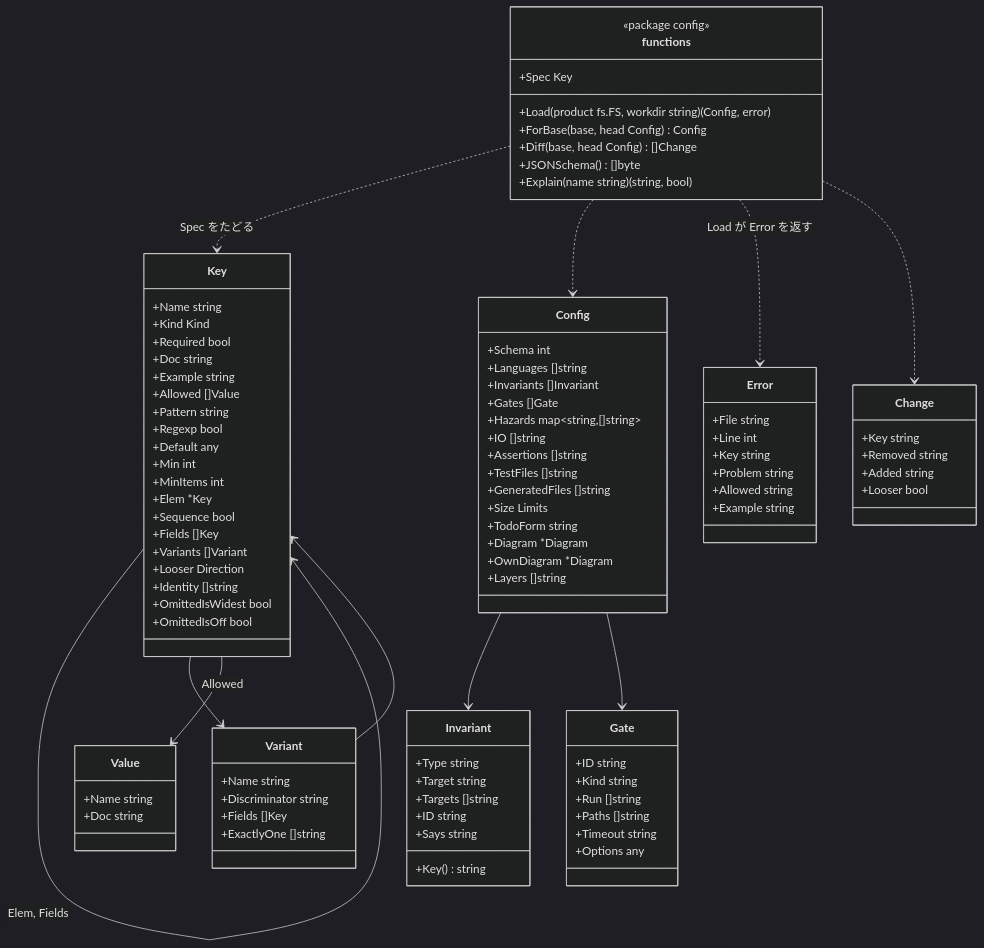
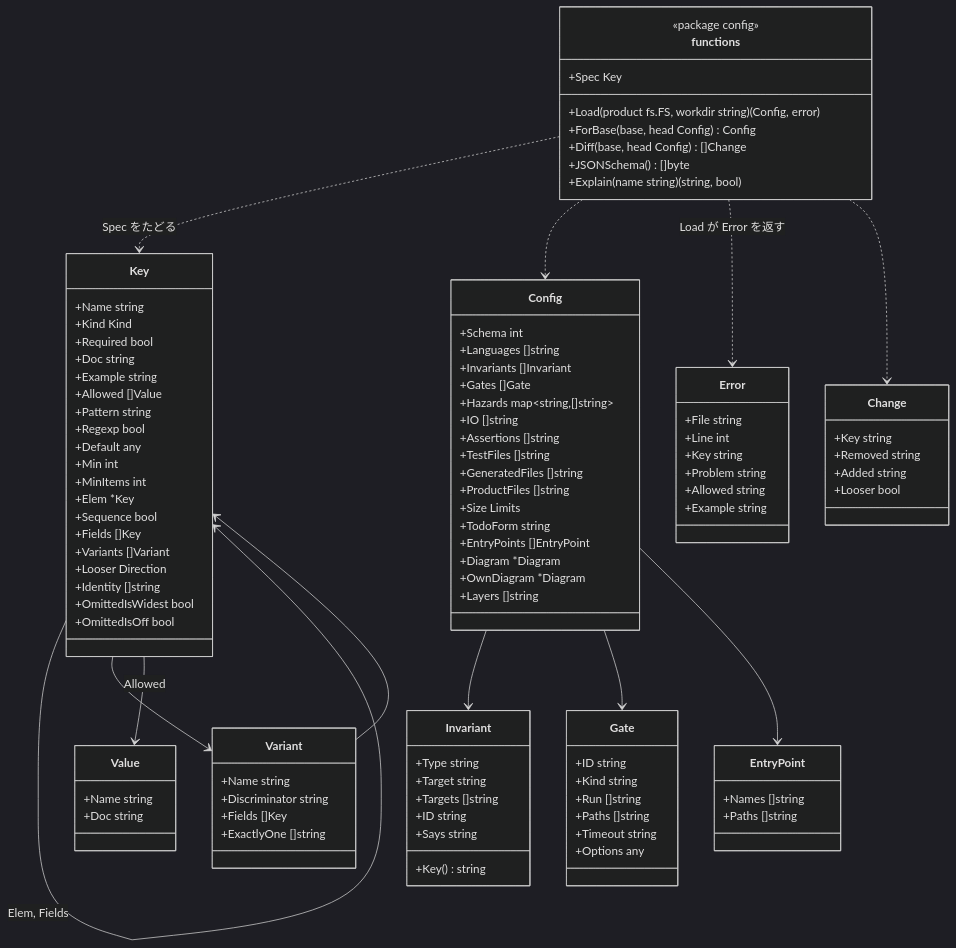
Before and after one commit to rerorets/hadome: the diagram in docs/design/configuration.ja.md, drawn with Mermaid (dark theme). The commit also changed other lines of this file and 28 other files, not shown here.

Commit message:
Framework entry points can be let off doc comments, files.product keeps test support paths as product code, Go test helper packages are test support that tests are followed into, and the two skipped-directory lists are tested to agree (#82)

```diff
--- a/docs/design/configuration.ja.md
+++ b/docs/design/configuration.ja.md
@@ -247,8 +253,10 @@
     +Assertions []string
     +TestFiles []string
     +GeneratedFiles []string
+    +ProductFiles []string
     +Size Limits
     +TodoForm string
+    +EntryPoints []EntryPoint
     +Diagram *Diagram
     +OwnDiagram *Diagram
     +Layers []string
@@ -260,6 +268,10 @@
     +ID string
     +Says string
     +Key() string
+  }
+  class EntryPoint {
+    +Names []string
+    +Paths []string
   }
   class Gate {
     +ID string
@@ -298,6 +310,7 @@
   Variant --> Key
   Config --> Invariant
   Config --> Gate
+  Config --> EntryPoint
   functions ..> Key : Spec をたどる
   functions ..> Config
   functions ..> Error : Load が Error を返す
```
